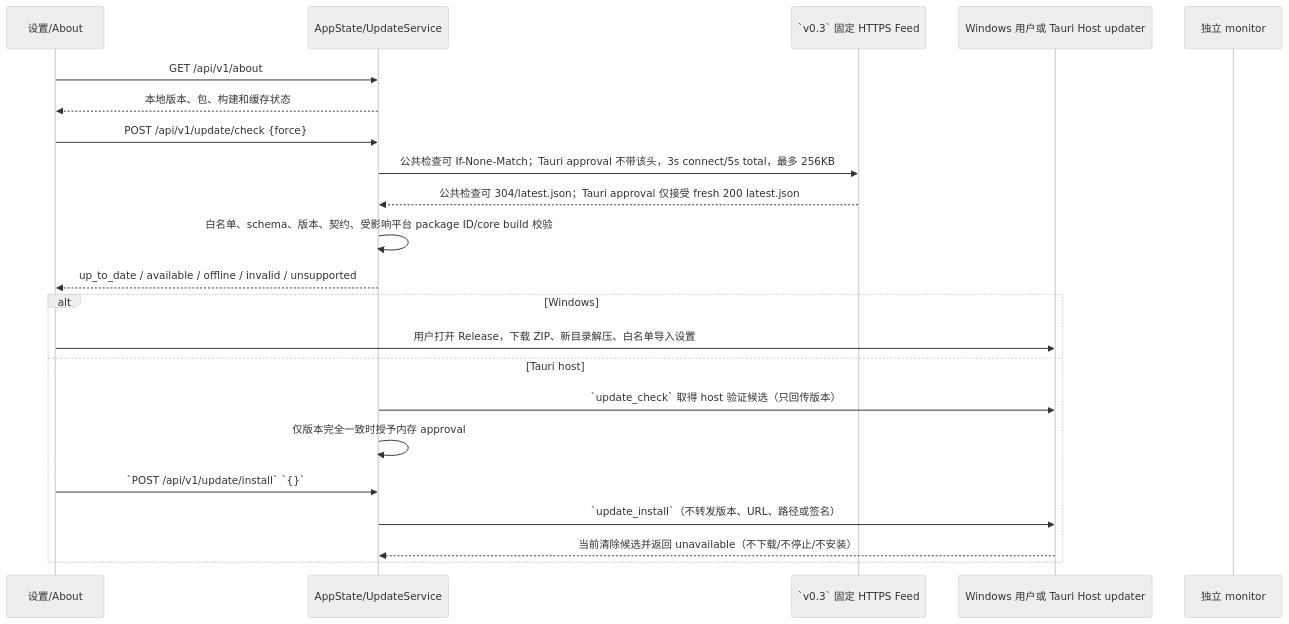
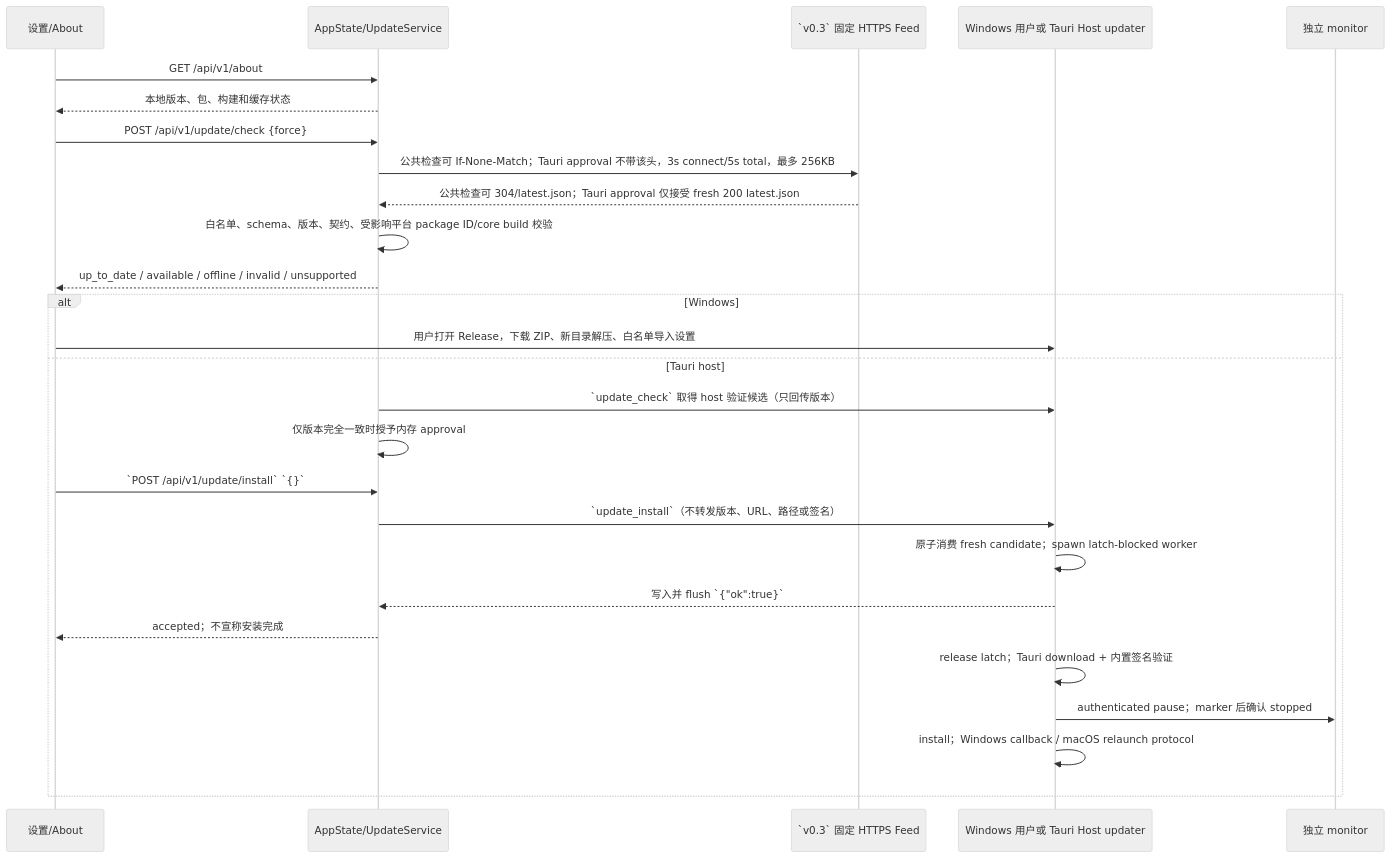
Before and after one commit to lyc1126/InvoiceHub: diagram 16 of 16 in docs/architecture/INTERFACES_AND_FLOWS.md, drawn with Mermaid (neutral theme). The commit also changed other lines of this file and 24 other files, not shown here.

Commit message:
Wire authenticated Tauri update recovery

````diff
--- a/docs/architecture/INTERFACES_AND_FLOWS.md
+++ b/docs/architecture/INTERFACES_AND_FLOWS.md
@@ -651,24 +652,29 @@
 ```mermaid
 sequenceDiagram
     participant UI as 设置/About
     participant API as AppState/UpdateService
     participant Feed as `v0.3` 固定 HTTPS Feed
     participant Platform as Windows 用户或 Tauri Host updater
     participant Monitor as 独立 monitor
     UI->>API: GET /api/v1/about
     API-->>UI: 本地版本、包、构建和缓存状态
     UI->>API: POST /api/v1/update/check {force}
     API->>Feed: 公共检查可 If-None-Match；Tauri approval 不带该头，3s connect/5s total，最多 256KB
     Feed-->>API: 公共检查可 304/latest.json；Tauri approval 仅接受 fresh 200 latest.json
     API->>API: 白名单、schema、版本、契约、受影响平台 package ID/core build 校验
     API-->>UI: up_to_date / available / offline / invalid / unsupported
     alt Windows
         UI->>Platform: 用户打开 Release，下载 ZIP、新目录解压、白名单导入设置
     else Tauri host
         API->>Platform: `update_check` 取得 host 验证候选（只回传版本）
         API->>API: 仅版本完全一致时授予内存 approval
         UI->>API: `POST /api/v1/update/install` `{}`
         API->>Platform: `update_install`（不转发版本、URL、路径或签名）
-        Platform-->>API: 当前清除候选并返回 unavailable（不下载/不停止/不安装）
+        Platform->>Platform: 原子消费 fresh candidate；spawn latch-blocked worker
+        Platform-->>API: 写入并 flush `{"ok":true}`
+        API-->>UI: accepted；不宣称安装完成
+        Platform->>Platform: release latch；Tauri download + 内置签名验证
+        Platform->>Monitor: authenticated pause；marker 后确认 stopped
+        Platform->>Platform: install；Windows callback / macOS relaunch protocol
     end
 ```
````
